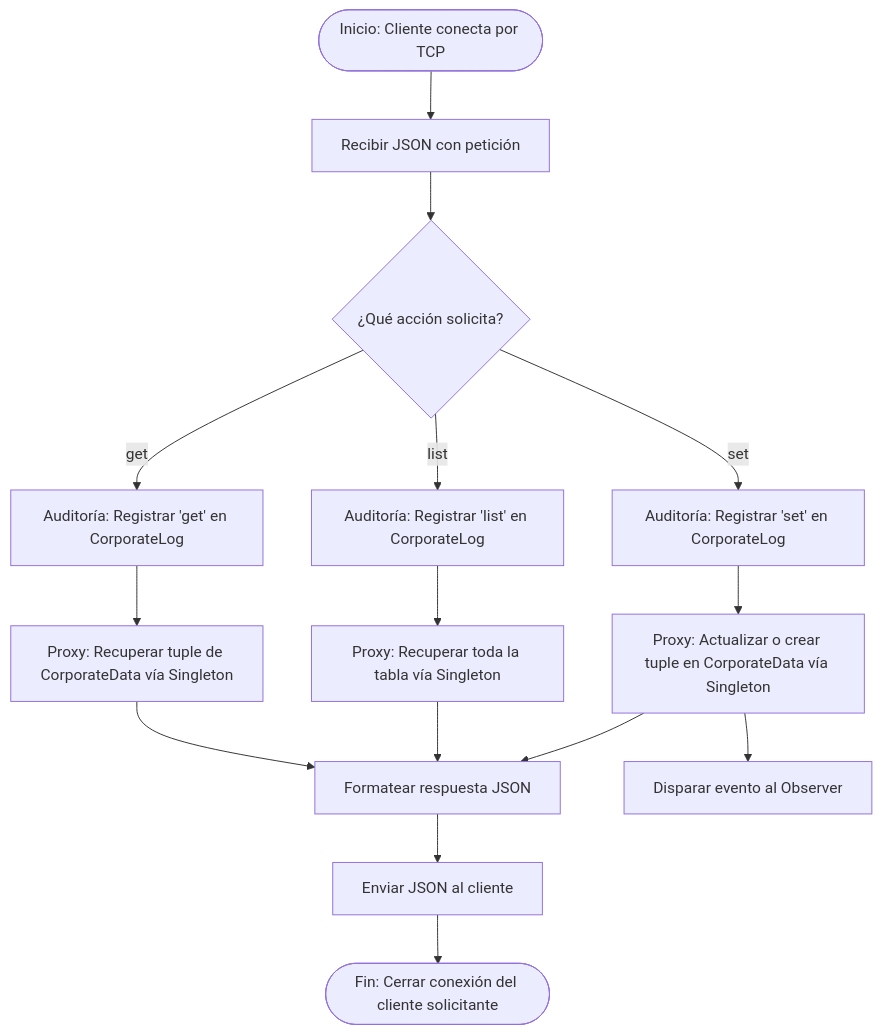
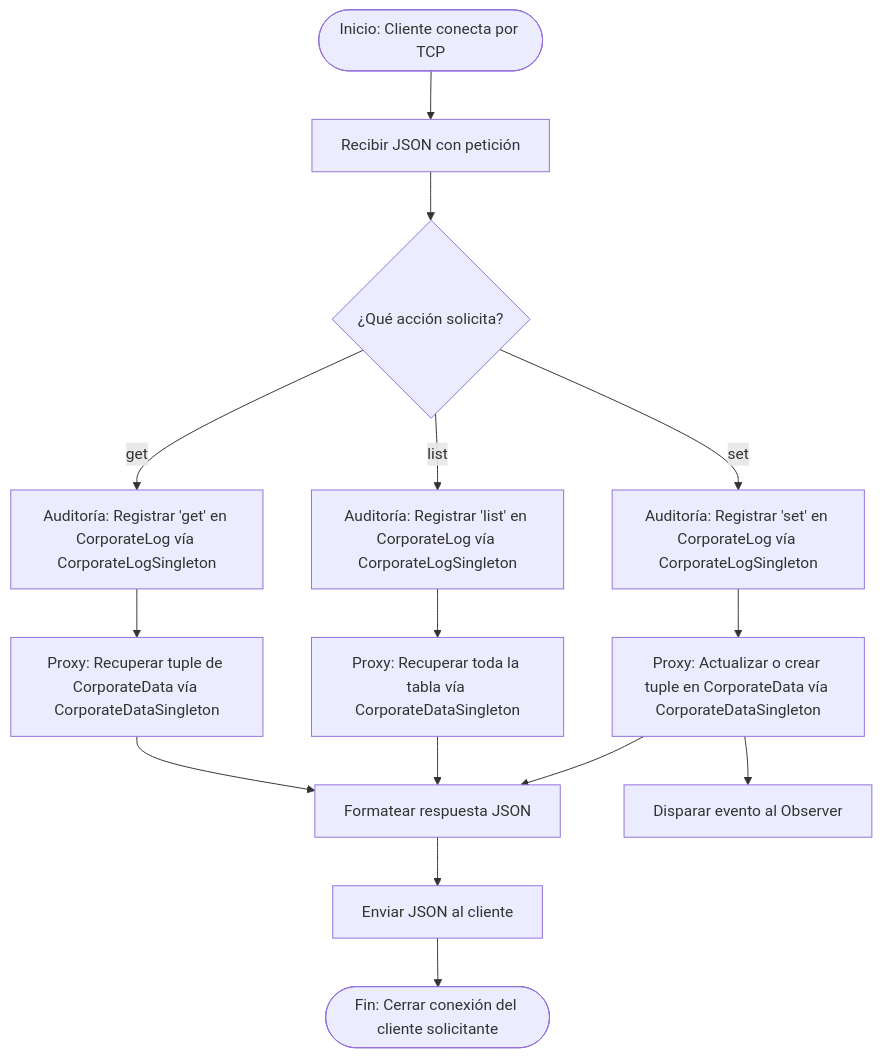
Before and after one commit to MaitenBlanc/UADER_IS2_BLANC-TPFI: the first of 2 diagrams in README.md, drawn with Mermaid. The commit also changed other lines of this file and 16 other files, not shown here.

````diff
--- a/README.md
+++ b/README.md
@@ -26,22 +26,22 @@
 ```mermaid
 flowchart TD
     A([Inicio: Cliente conecta por TCP]) --> B[Recibir JSON con petición]
     B --> C{¿Qué acción solicita?}
     
-    C -->|get| D[Auditoría: Registrar 'get' en CorporateLog]
-    C -->|list| E[Auditoría: Registrar 'list' en CorporateLog]
-    C -->|set| F[Auditoría: Registrar 'set' en CorporateLog]
+    C -->|get| D[Auditoría: Registrar 'get' en CorporateLog vía CorporateLogSingleton]
+    C -->|list| E[Auditoría: Registrar 'list' en CorporateLog vía CorporateLogSingleton]
+    C -->|set| F[Auditoría: Registrar 'set' en CorporateLog vía CorporateLogSingleton]
     
-    D --> G[Proxy: Recuperar tuple de CorporateData vía Singleton]
-    E --> H[Proxy: Recuperar toda la tabla vía Singleton]
-    F --> I[Proxy: Actualizar o crear tuple en CorporateData vía Singleton]
+    D --> G[Proxy: Recuperar tuple de CorporateData vía CorporateDataSingleton]
+    E --> H[Proxy: Recuperar toda la tabla vía CorporateDataSingleton]
+    F --> I[Proxy: Actualizar o crear tuple en CorporateData vía CorporateDataSingleton]
     
     G --> J[Formatear respuesta JSON]
     H --> J
     I --> J
     
     J --> K[Enviar JSON al cliente]
     K --> L([Fin: Cerrar conexión del cliente solicitante])
     
     I --> M[Disparar evento al Observer]
 ```
````
